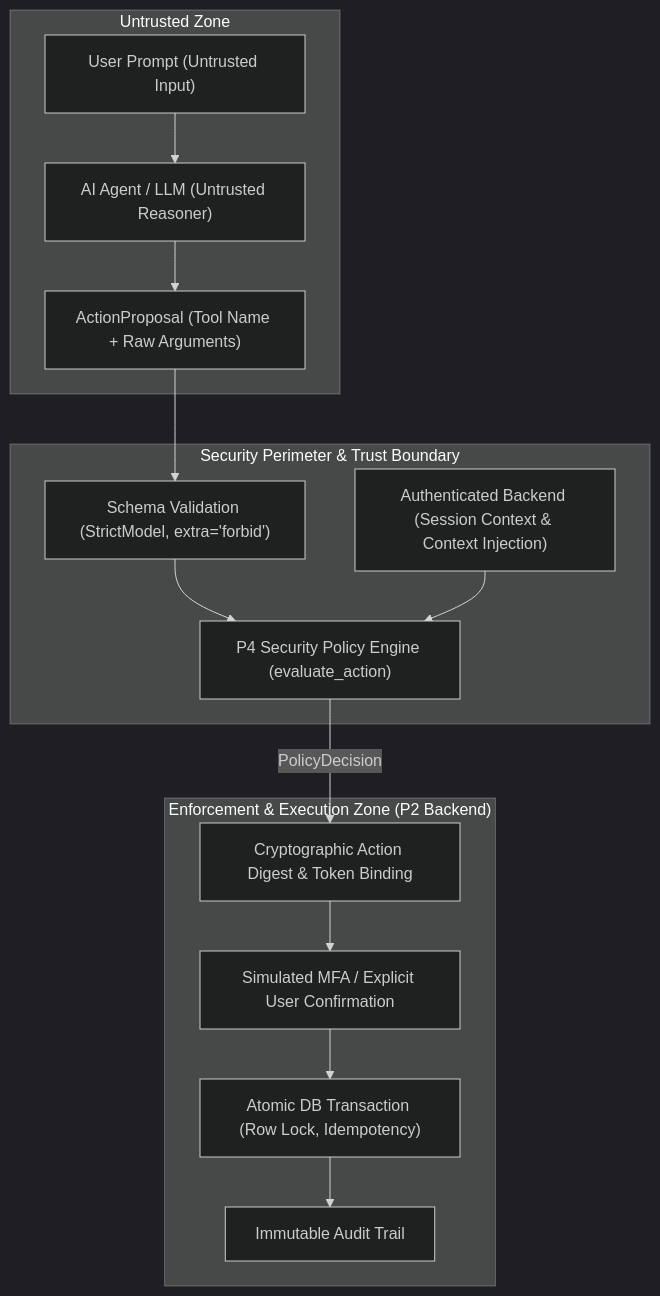
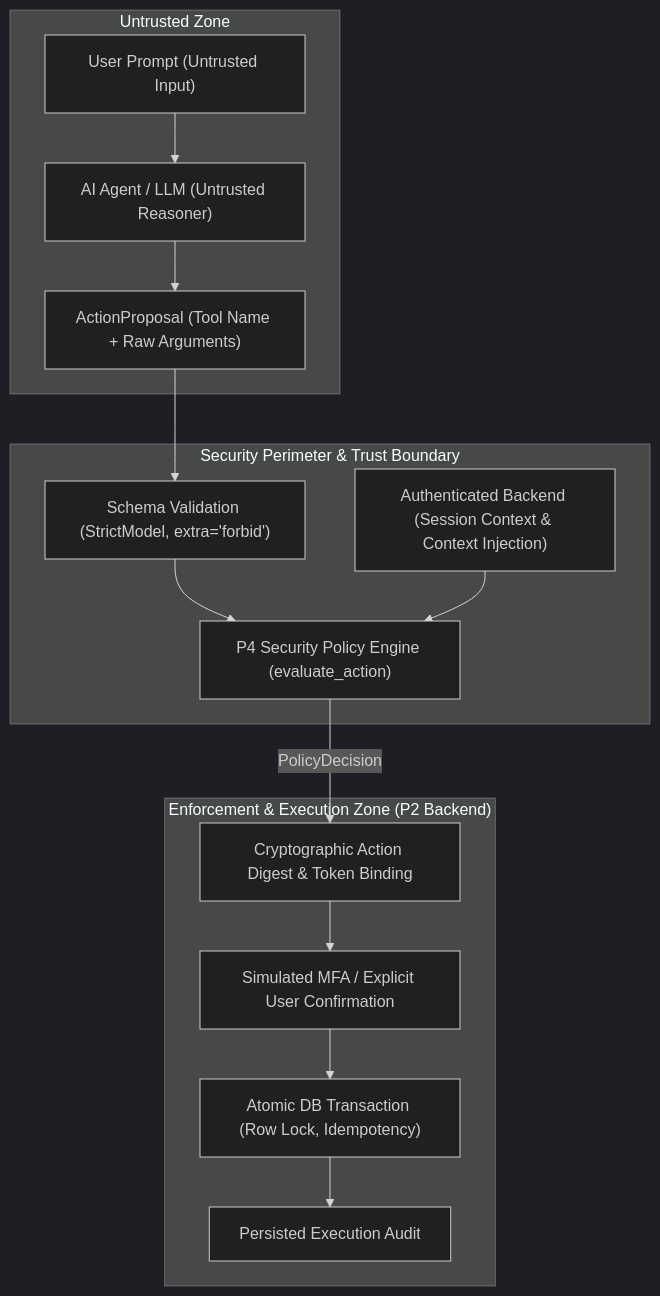
One commit to fvia88/ai-banking-agent changed the first of 2 diagrams in docs/security/threat_model.md. Above: the diagram before and after it, drawn with Mermaid (dark theme). The commit also changed other lines of this file and 35 other files, not shown here.

````diff
--- a/docs/security/threat_model.md
+++ b/docs/security/threat_model.md
@@ -15,30 +23,30 @@
 ```mermaid
 flowchart TD
     subgraph UntrustedZone["Untrusted Zone"]
         UserPrompt["User Prompt (Untrusted Input)"]
         LLM["AI Agent / LLM (Untrusted Reasoner)"]
         UserPrompt --> LLM
         LLM --> ActionProposal["ActionProposal (Tool Name + Raw Arguments)"]
     end
 
     subgraph TrustBoundary["Security Perimeter & Trust Boundary"]
         BackendContext["Authenticated Backend (Session Context & Context Injection)"]
         Validation["Schema Validation (StrictModel, extra='forbid')"]
         PolicyEngine["P4 Security Policy Engine (evaluate_action)"]
     end
 
     subgraph EnforcementZone["Enforcement & Execution Zone (P2 Backend)"]
         ApprovalToken["Cryptographic Action Digest & Token Binding"]
         UserMFA["Simulated MFA / Explicit User Confirmation"]
         DBExecution["Atomic DB Transaction (Row Lock, Idempotency)"]
-        AuditLog["Immutable Audit Trail"]
+        AuditLog["Persisted Execution Audit"]
     end
 
     ActionProposal --> Validation
     Validation --> PolicyEngine
     BackendContext --> PolicyEngine
     PolicyEngine -->|PolicyDecision| ApprovalToken
     ApprovalToken --> UserMFA
     UserMFA --> DBExecution
     DBExecution --> AuditLog
 ```
````
